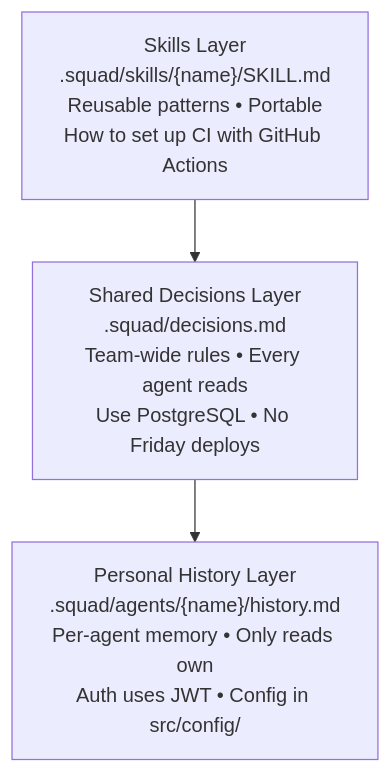
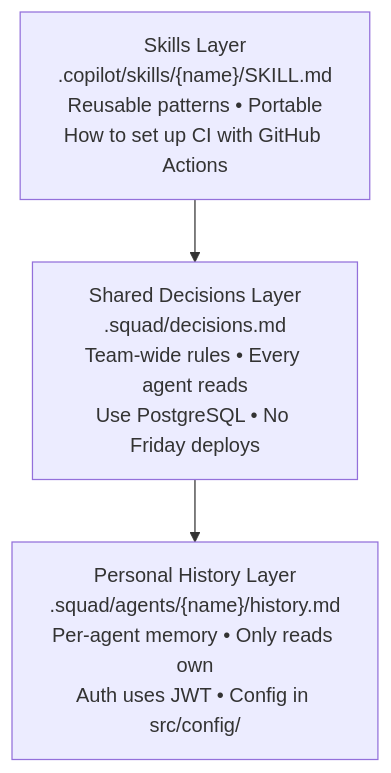
The first of 2 diagrams in docs/src/content/docs/concepts/memory-and-knowledge.md (tamirdresher/squad), drawn with Mermaid before and after one commit. The commit also changed other lines of this file and 184 other files, not shown here.

````diff
--- a/docs/src/content/docs/concepts/memory-and-knowledge.md
+++ b/docs/src/content/docs/concepts/memory-and-knowledge.md
@@ -30,9 +30,9 @@
 ```mermaid
 graph TD
-    A["Skills Layer<br/>.squad/skills/{name}/SKILL.md<br/>Reusable patterns • Portable<br/>How to set up CI with GitHub Actions"]
+    A["Skills Layer<br/>.copilot/skills/{name}/SKILL.md<br/>Reusable patterns • Portable<br/>How to set up CI with GitHub Actions"]
     B["Shared Decisions Layer<br/>.squad/decisions.md<br/>Team-wide rules • Every agent reads<br/>Use PostgreSQL • No Friday deploys"]
     C["Personal History Layer<br/>.squad/agents/{name}/history.md<br/>Per-agent memory • Only reads own<br/>Auth uses JWT • Config in src/config/"]
     
     A --> B
     B --> C
 ```
````
